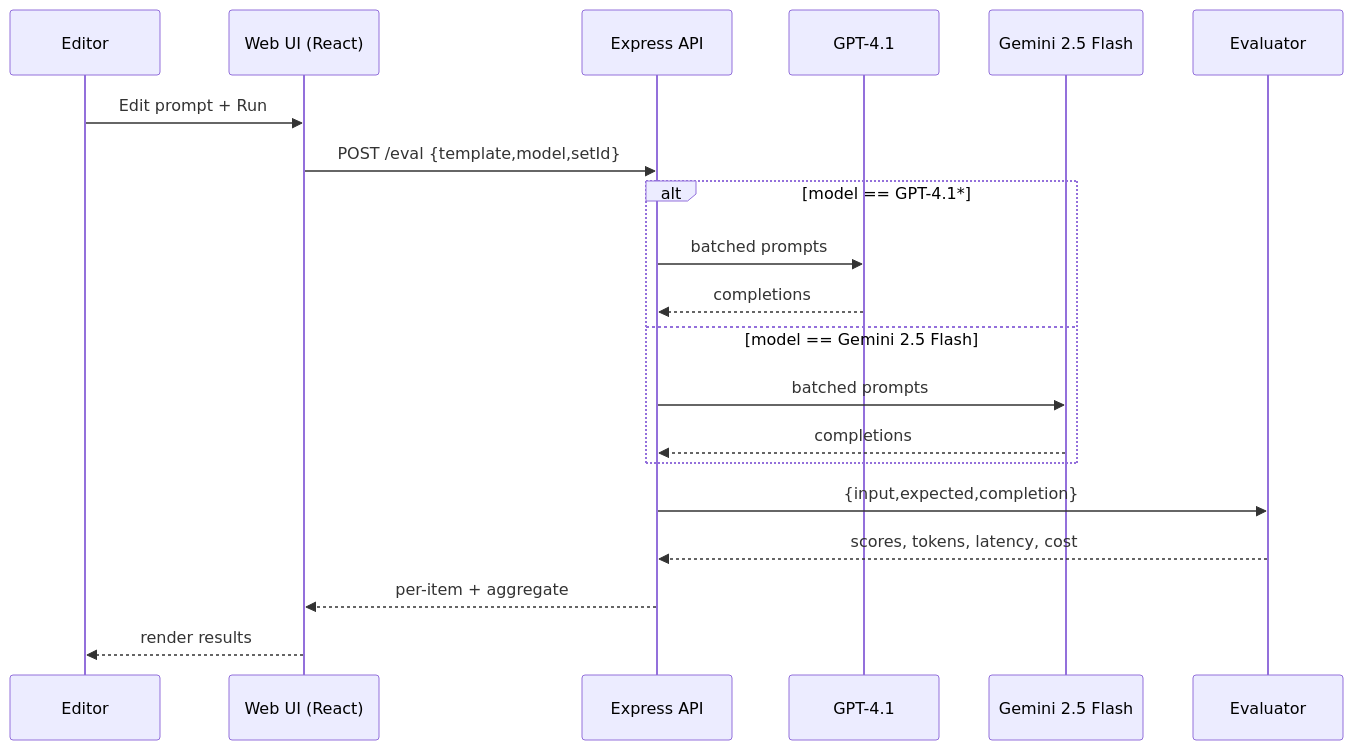
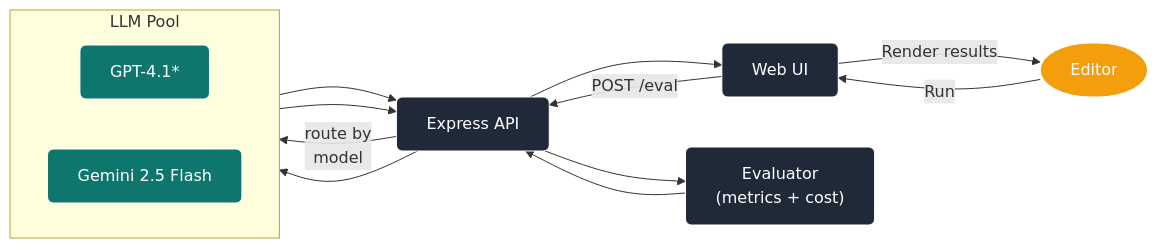
The diagram in README.md (Deharath/prompt-lab), drawn with Mermaid before and after one commit.

`````diff
--- a/README.md
+++ b/README.md
@@ -19,23 +19,29 @@
 ```mermaid
-sequenceDiagram
-  participant Editor
-  participant Web_UI as Web UI (React)
-  participant API as Express API
-  participant GPT as GPT-4.1
-  participant GEM as Gemini 2.5 Flash
-  participant Eval as Evaluator
+%% PromptLab high-level flow (GPT-4.1 & Gemini 2.5 Flash)
+flowchart LR
+    %% style tweaks for readability – safe in GitHub
+    classDef comp fill:#1f2937,stroke:#fff,color:#fff,rx:6,ry:6;
+    classDef ext  fill:#0f766e,stroke:#fff,color:#fff,rx:6,ry:6;
+    classDef user fill:#f59e0b,stroke:#fff,color:#fff,rx:50,ry:50;
 
-  Editor->>Web_UI: Edit prompt + Run
-  Web_UI->>API: POST /eval {template,model,setId}
-  alt model == GPT-4.1*
-    API->>GPT: batched prompts
-    GPT-->>API: completions
-  else model == Gemini 2.5 Flash
-    API->>GEM: batched prompts
-    GEM-->>API: completions
-  end
-  API->>Eval: {input,expected,completion}
-  Eval-->>API: scores, tokens, latency, cost
-  API-->>Web_UI: per-item + aggregate
-  Web_UI-->>Editor: render results
+    U[Editor]:::user -->|Run| A["Web UI"]:::comp
+    A -->|POST /eval| B["Express API"]:::comp
+
+    subgraph "LLM Pool"
+        direction LR
+        C["GPT-4.1*"]:::ext
+        D["Gemini 2.5 Flash"]:::ext
+    end
+
+    B -->|route by <br>model| C
+    B --> D
+
+    C --> B
+    D --> B
+
+    B --> E["Evaluator<br>(metrics + cost)"]:::comp
+    E --> B
+    B --> A
+    A -->|Render results| U
+
 ````
`````
